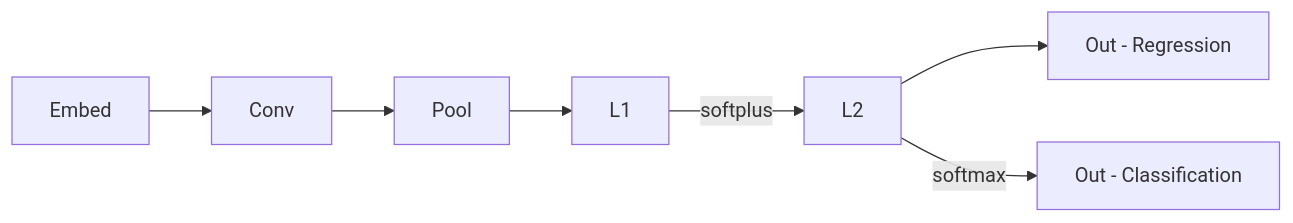
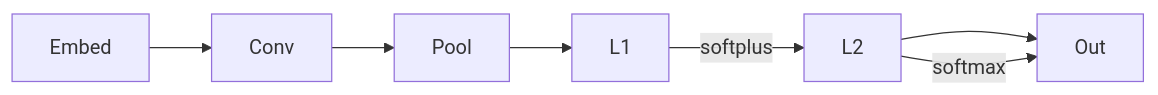
One commit to jcwang587/cgcnn2 changed the diagram in docs/2_cgcnn.md. Above: the diagram before and after it, drawn with Mermaid.

Commit message:
update graph

````diff
--- a/docs/2_cgcnn.md
+++ b/docs/2_cgcnn.md
@@ -35,5 +35,5 @@
 ```mermaid
 graph LR
-    A[Embed] --> B[Conv] --> C[Pool] --> D[L1] --> |softplus| E[L2] --> F[Out - Regression]
-    E --> |softmax| G[Out - Classification]
+    A[Embed] --> B[Conv] --> C[Pool] --> D[L1] --> |softplus| E[L2] --> F[Out]
+    E --> |softmax| F
 ```
````
